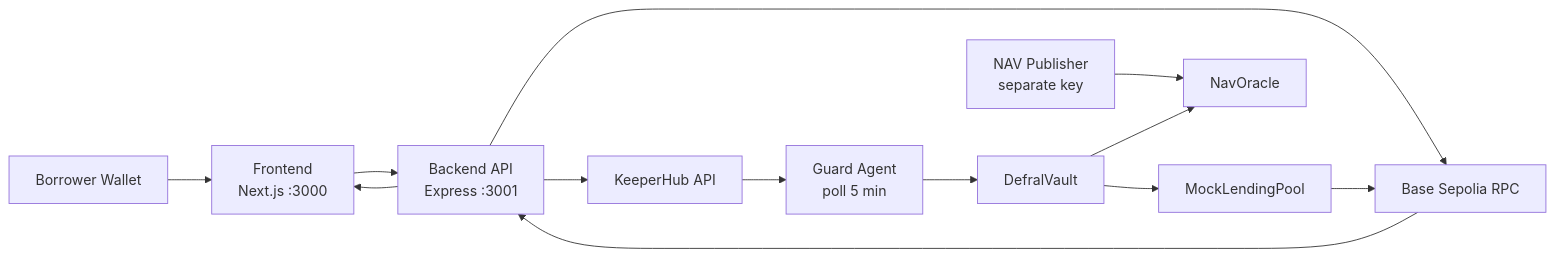
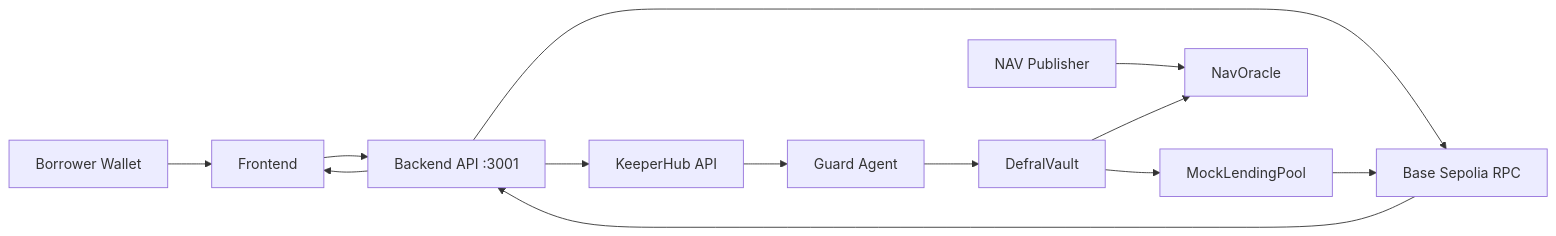
The diagram in README.md (alventendrawan123/defral), drawn with Mermaid before and after one commit.

Commit message:
docs: fix mermaid syntax for github rendering

````diff
--- a/README.md
+++ b/README.md
@@ -118,15 +118,15 @@
 ```mermaid
 flowchart LR
-    Borrower["Borrower Wallet"] --> FE["Frontend\nNext.js :3000"]
-    FE --> BE["Backend API\nExpress :3001"]
+    Borrower["Borrower Wallet"] --> FE["Frontend"]
+    FE --> BE["Backend API :3001"]
     BE --> RPC["Base Sepolia RPC"]
     BE --> KH["KeeperHub API"]
-    KH --> Agent["Guard Agent\npoll 5 min"]
+    KH --> Agent["Guard Agent"]
     Agent --> Vault["DefralVault"]
     Vault --> Oracle["NavOracle"]
-    Publisher["NAV Publisher\nseparate key"] --> Oracle
+    Publisher["NAV Publisher"] --> Oracle
     Vault --> Pool["MockLendingPool"]
     Pool --> RPC
     RPC --> BE
     BE --> FE
 ```
````
